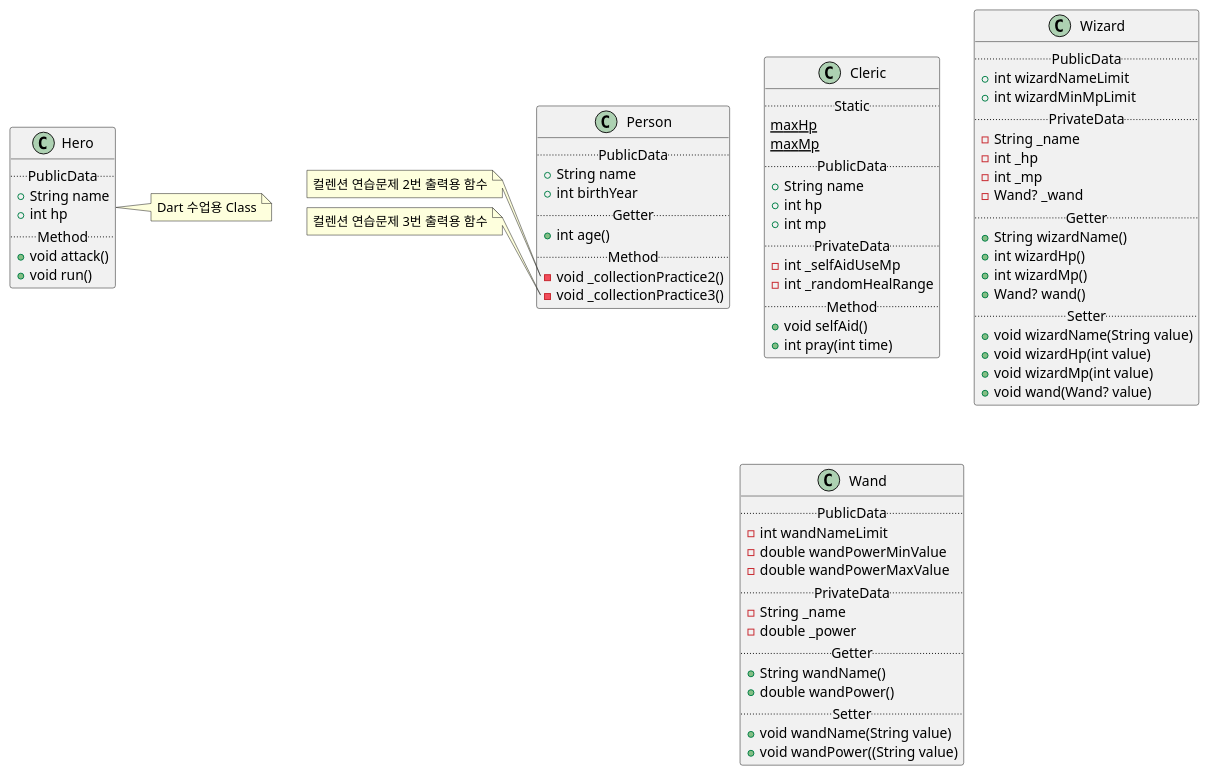
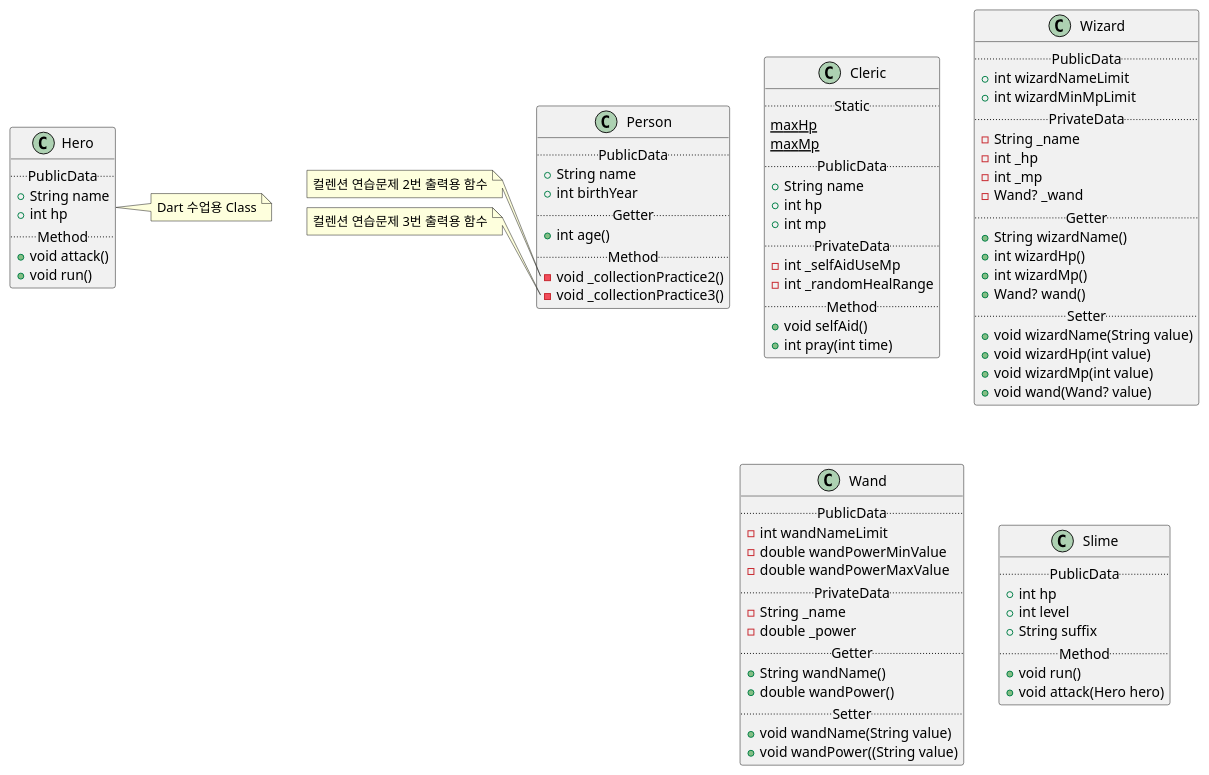
Before and after one commit to SurvivalCodingCampus/sesac7_dart_study: the diagram in lib/game.puml, drawn with PlantUML.

Commit message:
docs: game uml Slime Class 작성

```diff
--- a/lib/game.puml
+++ b/lib/game.puml
@@ -1,84 +1,95 @@
 @startuml
 scale 1
 class Cleric {
     ..Static..
     {static} maxHp
     {static} maxMp
     ..PublicData..
     +String name
     +int hp
     +int mp
     ..PrivateData..
     -int _selfAidUseMp
     -int _randomHealRange
     ..Method..
     +void selfAid()
     +int pray(int time)
 }
 
 class Hero {
     ..PublicData..
     +String name
     +int hp
     ..Method..
     +void attack()
     +void run()
 }
 
 class Wizard {
     ..PublicData..
     +int wizardNameLimit
     +int wizardMinMpLimit
     ..PrivateData..
     -String _name
     -int _hp
     -int _mp
     -Wand? _wand
     ..Getter..
     +String wizardName()
     +int wizardHp()
     +int wizardMp()
     +Wand? wand()
     ..Setter..
     +void wizardName(String value)
     +void wizardHp(int value)
     +void wizardMp(int value)
     +void wand(Wand? value)
 }
 
 class Wand {
     ..PublicData..
     -int wandNameLimit
     -double wandPowerMinValue
     -double wandPowerMaxValue
     ..PrivateData..
     -String _name
     -double _power
     ..Getter..
     +String wandName()
     +double wandPower()
     ..Setter..
     +void wandName(String value)
     +void wandPower((String value)
 }
 
 class Person {
     ..PublicData..
     +String name
     +int birthYear
     ..Getter..
     +int age()
     ..Method..
     -void _collectionPractice2()
     -void _collectionPractice3()
 }
+
+class Slime {
+    ..PublicData..
+    +int hp
+    +int level
+    +String suffix
+    ..Method..
+    +void run()
+    +void attack(Hero hero)
+}
+
 note right of Hero
     Dart 수업용 Class
 end note
 note left of Person::_collectionPractice2
     컬렌션 연습문제 2번 출력용 함수
 end note
 note left of Person::_collectionPractice3
     컬렌션 연습문제 3번 출력용 함수
 end note
 @enduml
```
